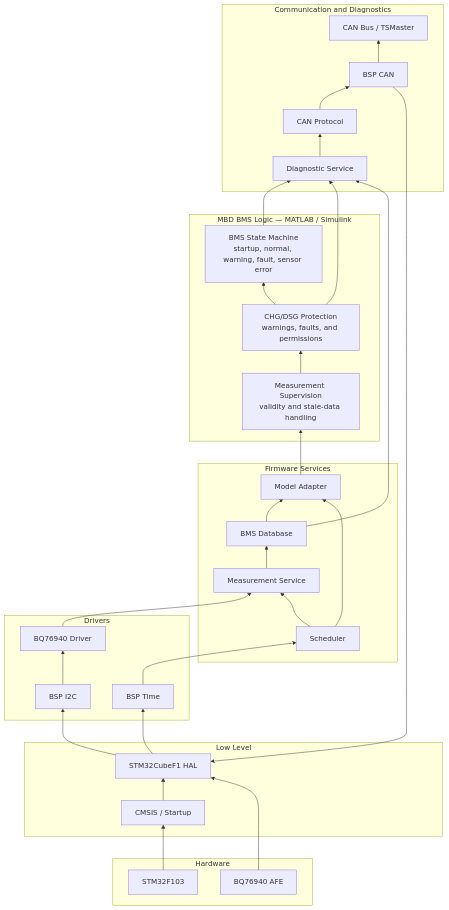
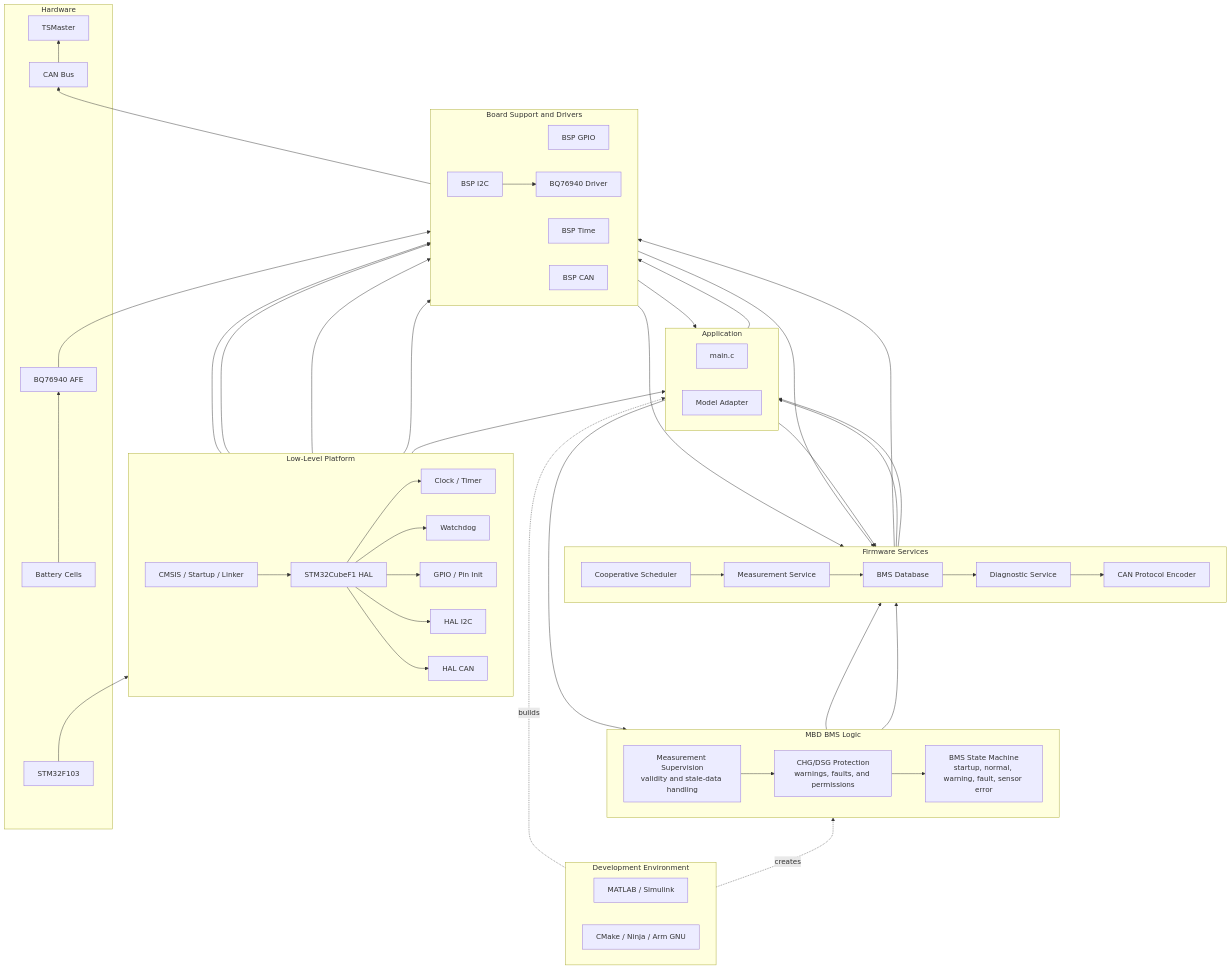
The diagram in README.md (aim-eeeeeeee/stm32-mbd-bms), drawn with Mermaid before and after one commit.

Commit message:
Revised overall tech stack & modules.

````diff
--- a/README.md
+++ b/README.md
@@ -42,54 +42,86 @@
 ```mermaid
 flowchart BT
     subgraph Hardware["Hardware"]
+        CELLS[Battery Cells]
         MCU[STM32F103]
         AFE[BQ76940 AFE]
+        BUS[CAN Bus]
+        TS[TSMaster]
     end
 
-    subgraph Platform["Low Level"]
-        CMSIS[CMSIS / Startup]
+    subgraph Platform["Low-Level Platform"]
+        direction LR
+        CORE[CMSIS / Startup / Linker]
         HAL[STM32CubeF1 HAL]
+        CLOCK[Clock / Timer]
+        WD[Watchdog]
+        GPIO[GPIO / Pin Init]
+        HALI2C[HAL I2C]
+        HALCAN[HAL CAN]
     end
 
-    subgraph Drivers["Drivers"]
-        I2C[BSP I2C]
-        TIME[BSP Time]
+    subgraph Drivers["Board Support and Drivers"]
+        direction LR
+        BSPGPIO[BSP GPIO]
+        BSPTIME[BSP Time]
+        BSPI2C[BSP I2C]
+        BSPCAN[BSP CAN]
         BQ[BQ76940 Driver]
     end
 
     subgraph Services["Firmware Services"]
-        SC[Scheduler]
+        direction LR
+        SC[Cooperative Scheduler]
         MS[Measurement Service]
         DB[BMS Database]
+        DS[Diagnostic Service]
+        CP[CAN Protocol Encoder]
+    end
+
+    subgraph Application["Application"]
+        direction LR
+        MAIN[main.c]
         MA[Model Adapter]
     end
 
-    subgraph MBD["MBD BMS Logic — MATLAB / Simulink"]
+    subgraph MBD["MBD BMS Logic"]
+        direction LR
         MV["Measurement Supervision<br/>validity and stale-data handling"]
         PL["CHG/DSG Protection<br/>warnings, faults, and permissions"]
         SM["BMS State Machine<br/>startup, normal, warning, fault, sensor error"]
     end
 
-    subgraph Communication["Communication and Diagnostics"]
-        DS[Diagnostic Service]
-        CP[CAN Protocol]
-        BC[BSP CAN]
-        TS[CAN Bus / TSMaster]
+    subgraph Development["Development Environment"]
+        direction LR
+        MATLAB[MATLAB / Simulink]
+        BUILD[CMake / Ninja / Arm GNU]
     end
 
-    MCU --> CMSIS --> HAL
-    AFE --> HAL
-    HAL --> I2C --> BQ
-    HAL --> TIME --> SC
+    CELLS --> AFE
+    MCU --> CORE --> HAL
+    HAL --> CLOCK
+    HAL --> WD
+    HAL --> GPIO --> BSPGPIO
+    HAL --> HALI2C --> BSPI2C --> BQ
+    HAL --> HALCAN --> BSPCAN
+    AFE --> BQ
+
+    CLOCK --> BSPTIME --> SC
     BQ --> MS --> DB --> MA
+    BSPGPIO --> MAIN
+    WD --> MAIN
     SC --> MS
     SC --> MA
+    MAIN --> SC
+    MAIN --> BQ
 
     MA --> MV --> PL --> SM
     SM --> DS
     PL --> DS
     DB --> DS
-    DS --> CP --> BC
-    BC --> HAL
-    BC --> TS
+    DS --> CP --> BSPCAN
+    BSPCAN --> BUS --> TS
+
+    MATLAB -. creates .-> MBD
+    BUILD -. builds .-> MAIN
 ```
````
